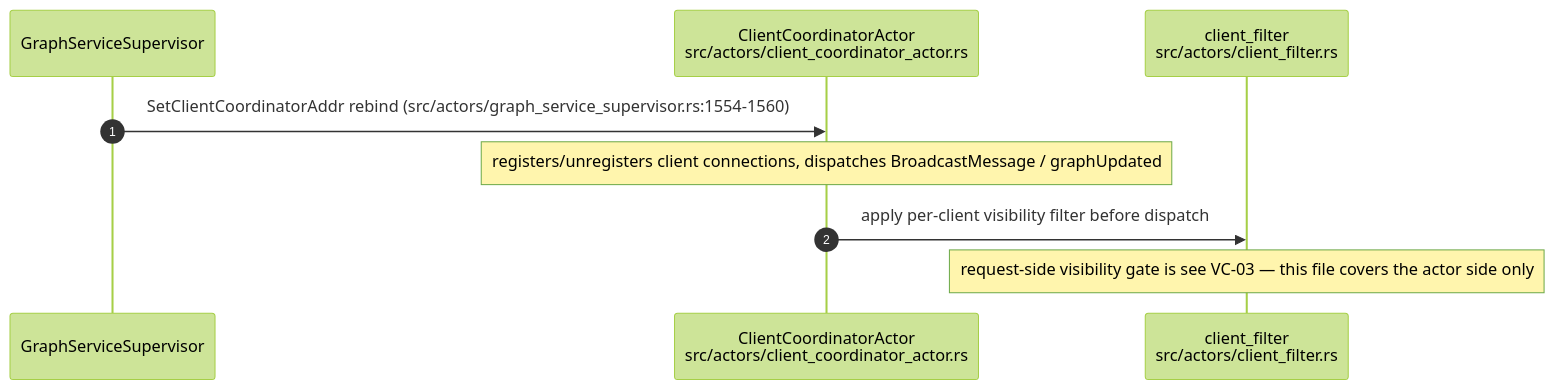
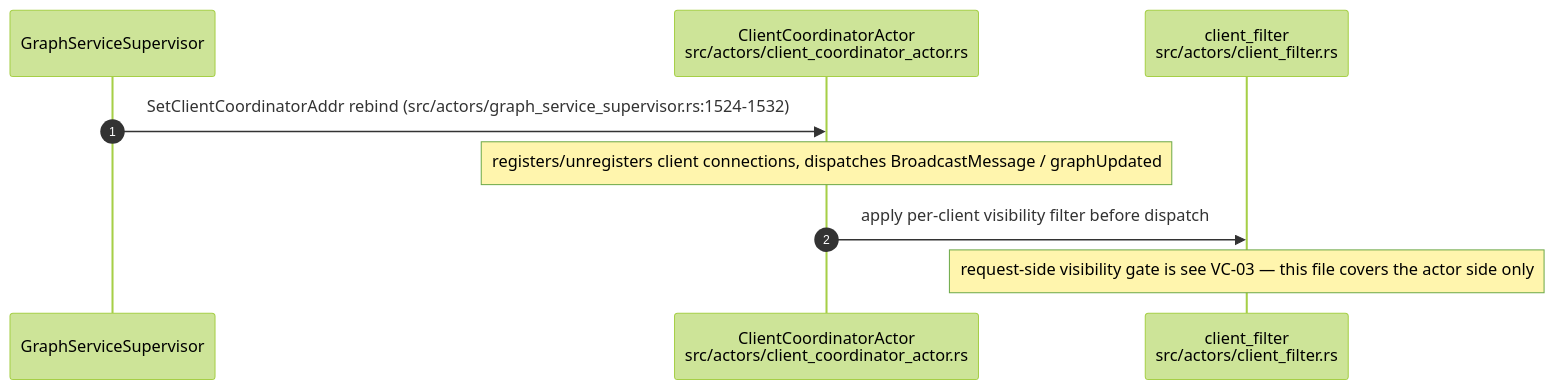
One commit to DreamLab-AI/AR-AI-Knowledge-Graph changed diagram 13 of 20 in docs/diagrams/visionclaw/02-actor-supervision.md. Above: the diagram before and after it, drawn with Mermaid (forest theme). The commit also changed other lines of this file and 172 other files, not shown here.

````diff
--- a/docs/diagrams/visionclaw/02-actor-supervision.md
+++ b/docs/diagrams/visionclaw/02-actor-supervision.md
@@ -475,12 +465,12 @@
 ```mermaid
 sequenceDiagram
     autonumber
     participant GSS as GraphServiceSupervisor
     participant CC as ClientCoordinatorActor<br/>src/actors/client_coordinator_actor.rs
     participant CF as client_filter<br/>src/actors/client_filter.rs
 
-    GSS->>CC: SetClientCoordinatorAddr rebind (src/actors/graph_service_supervisor.rs:1554-1560)
+    GSS->>CC: SetClientCoordinatorAddr rebind (src/actors/graph_service_supervisor.rs:1524-1532)
     Note over CC: registers/unregisters client connections, dispatches BroadcastMessage / graphUpdated
     CC->>CF: apply per-client visibility filter before dispatch
     Note over CF: request-side visibility gate is see VC-03 — this file covers the actor side only
 ```
````
